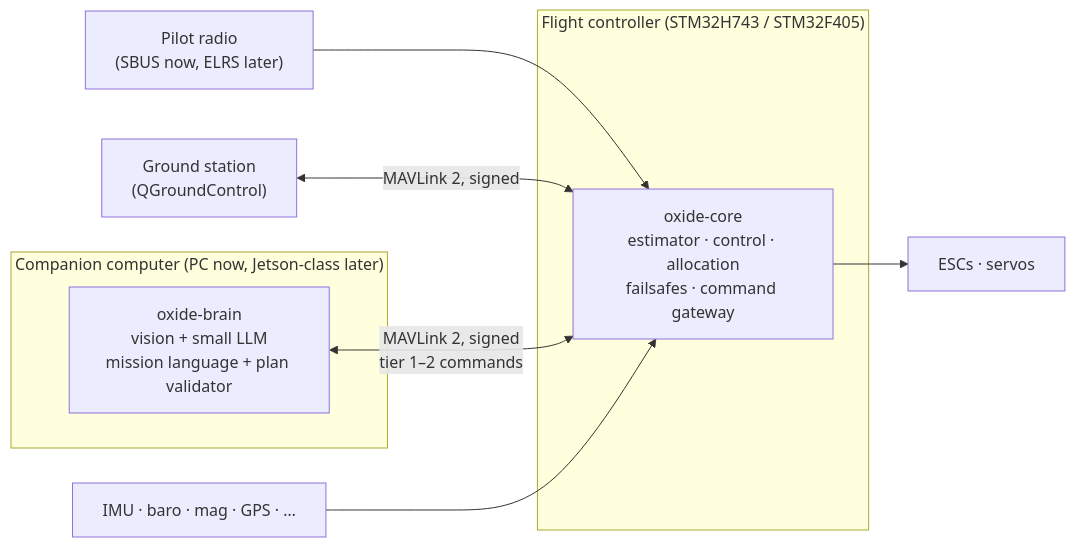
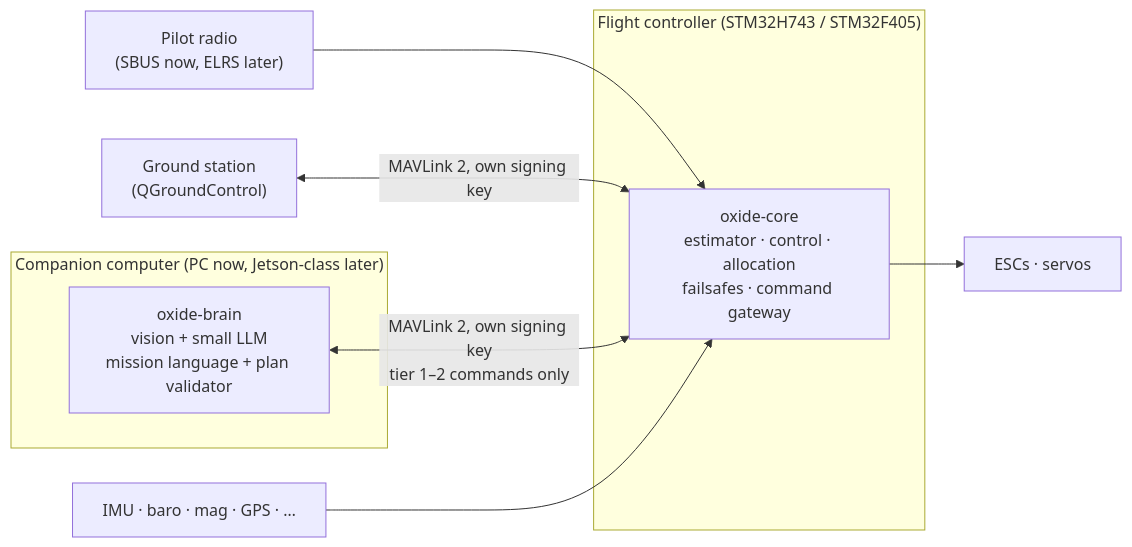
Before and after one commit to danbiocchi/airborne-oxide: the diagram in docs/DESIGN.md, drawn with Mermaid. The commit also changed other lines of this file and 3 other files, not shown here.

````diff
--- a/docs/DESIGN.md
+++ b/docs/DESIGN.md
@@ -33,14 +34,14 @@
 ```mermaid
 flowchart LR
   subgraph Companion["Companion computer (PC now, Jetson-class later)"]
     Brain["oxide-brain<br/>vision + small LLM<br/>mission language + plan validator"]
   end
   subgraph FC["Flight controller (STM32H743 / STM32F405)"]
     Core["oxide-core<br/>estimator · control · allocation<br/>failsafes · command gateway"]
   end
   RC["Pilot radio<br/>(SBUS now, ELRS later)"] --> Core
-  GCS["Ground station<br/>(QGroundControl)"] <-->|MAVLink 2, signed| Core
-  Brain <-->|MAVLink 2, signed<br/>tier 1–2 commands| Core
+  GCS["Ground station<br/>(QGroundControl)"] <-->|MAVLink 2, own signing key| Core
+  Brain <-->|MAVLink 2, own signing key<br/>tier 1–2 commands only| Core
   Sensors["IMU · baro · mag · GPS · …"] --> Core
   Core --> Act["ESCs · servos"]
 ```
````
